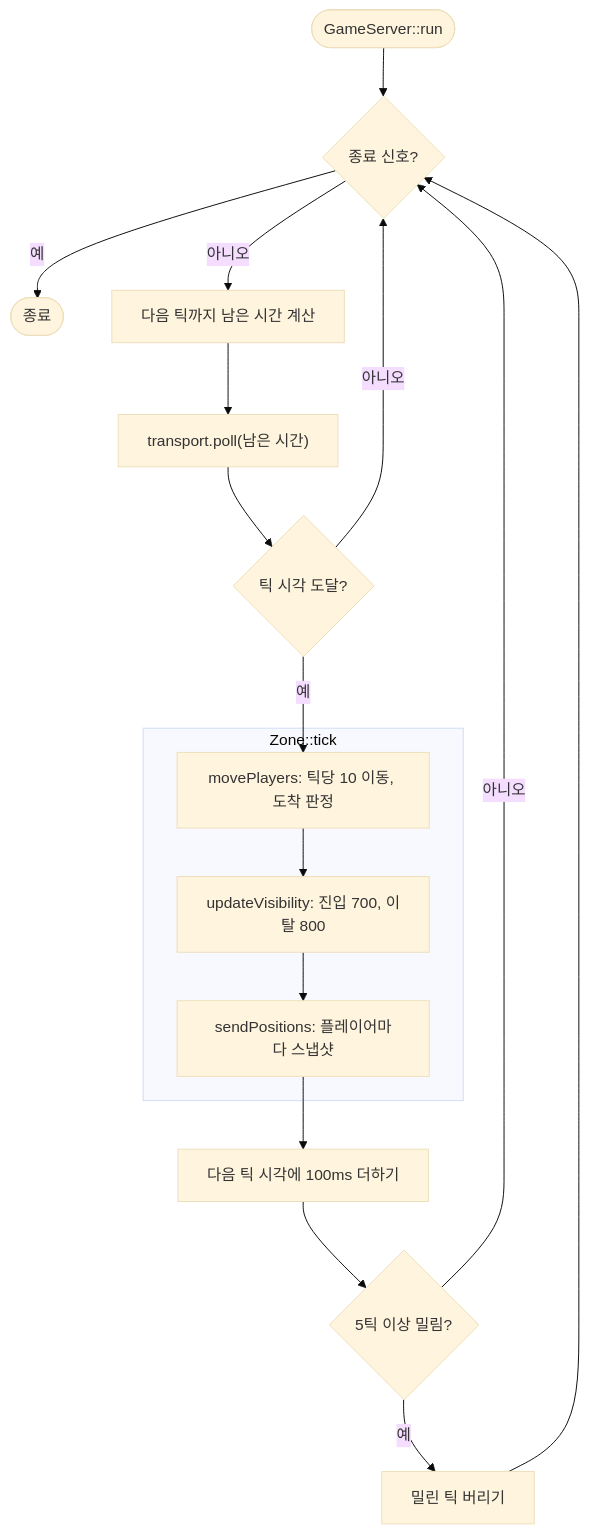
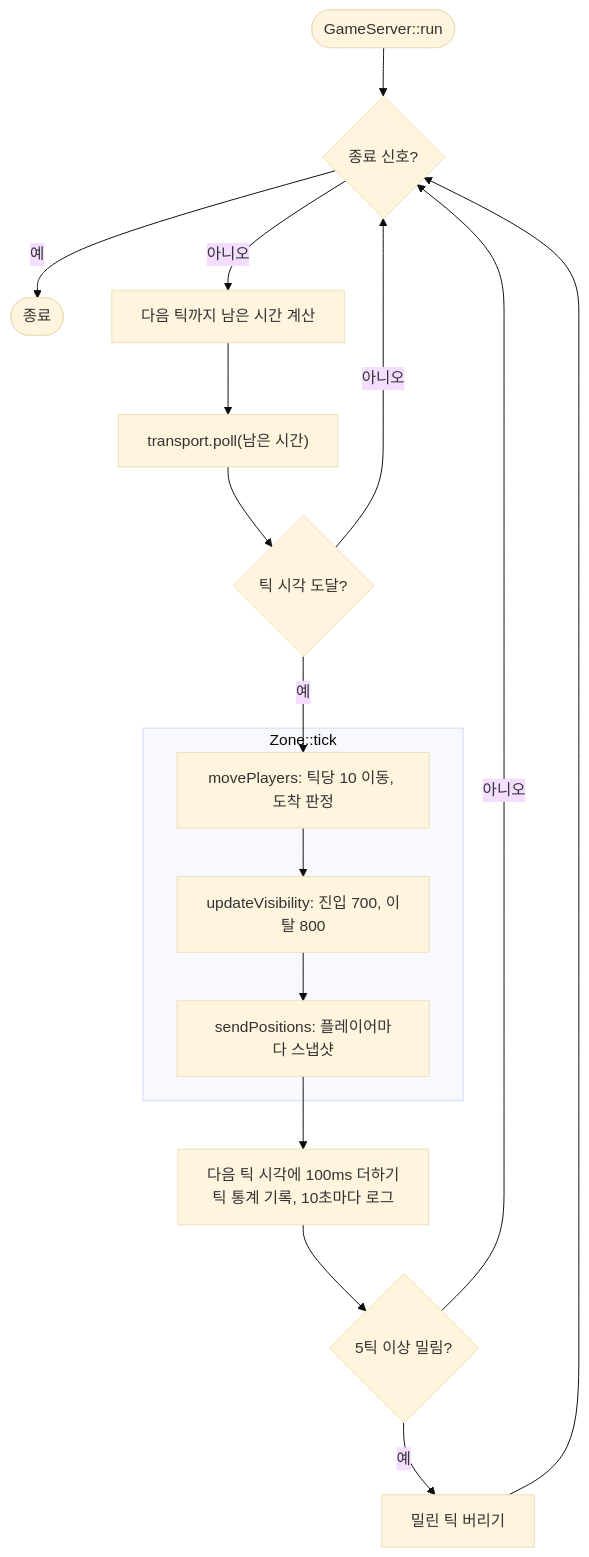
The diagram in docs/diagrams/src/flow-tick.mmd (Dongs9/try_mmo_server), drawn with Mermaid (base theme) before and after one commit. The commit also changed 3 other files, not shown here.

```diff
--- a/docs/diagrams/src/flow-tick.mmd
+++ b/docs/diagrams/src/flow-tick.mmd
@@ -1,20 +1,20 @@
 flowchart TD
     start([GameServer::run]) --> stopped{종료 신호?}
     stopped -- 예 --> finish([종료])
     stopped -- 아니오 --> wait[다음 틱까지 남은 시간 계산]
     wait --> poll["transport.poll(남은 시간)"]
     poll --> due{틱 시각 도달?}
     due -- 아니오 --> stopped
     due -- 예 --> move
 
     subgraph tick [Zone::tick]
         move["movePlayers: 틱당 10 이동, 도착 판정"]
         move --> aoi["updateVisibility: 진입 700, 이탈 800"]
         aoi --> sync["sendPositions: 플레이어마다 스냅샷"]
     end
 
-    sync --> advance[다음 틱 시각에 100ms 더하기]
+    sync --> advance["다음 틱 시각에 100ms 더하기<br/>틱 통계 기록, 10초마다 로그"]
     advance --> behind{5틱 이상 밀림?}
     behind -- 예 --> skip[밀린 틱 버리기]
     behind -- 아니오 --> stopped
     skip --> stopped
```
